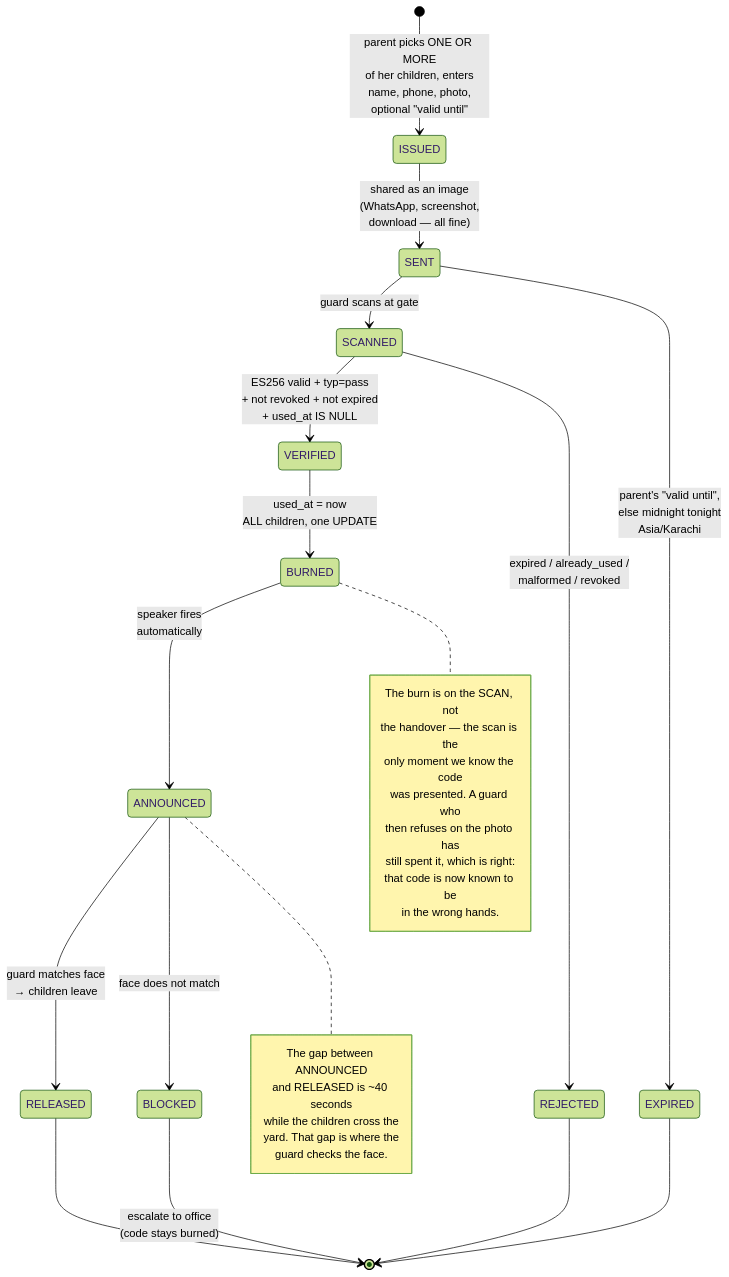
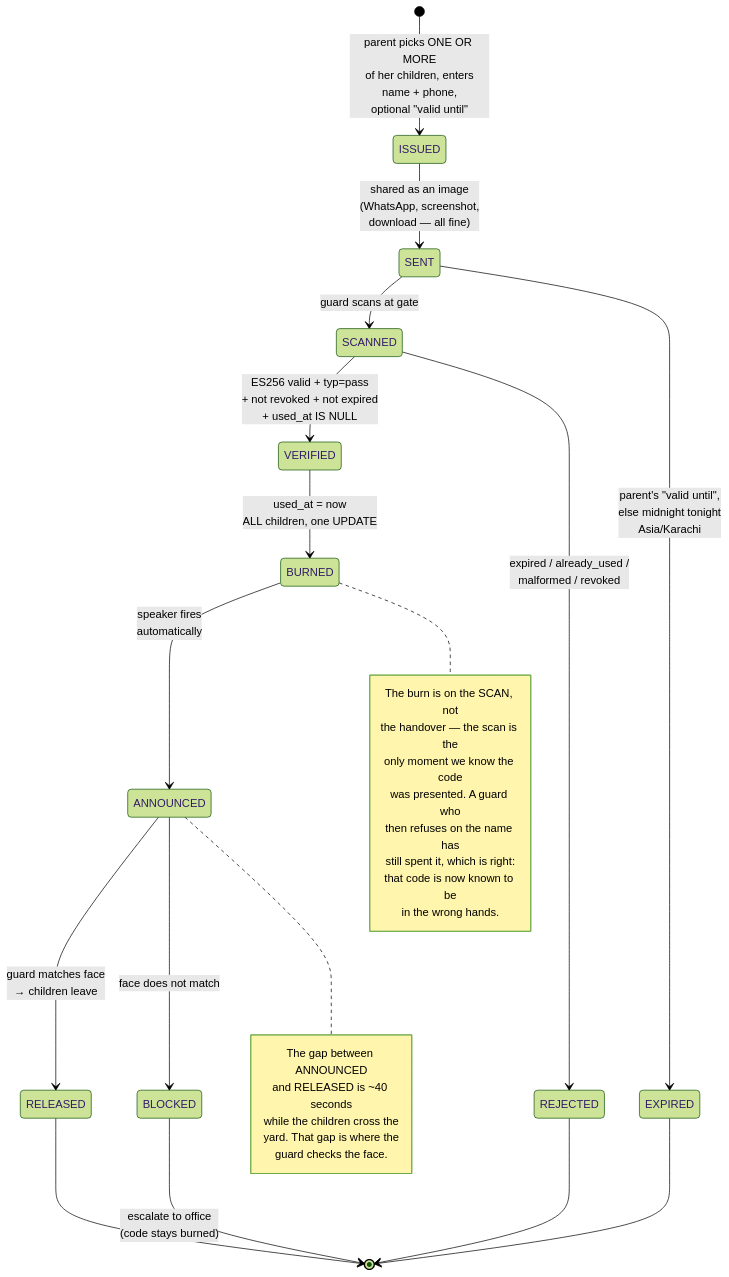
The sixth of 12 diagrams in docs/DIAGRAMS.md (Tehman700/Pasha_ICT_Project), drawn with Mermaid (forest theme) before and after one commit. The commit also changed other lines of this file and 3 other files, not shown here.

````diff
--- a/docs/DIAGRAMS.md
+++ b/docs/DIAGRAMS.md
@@ -372,40 +372,40 @@
 ```mermaid
 stateDiagram-v2
-    [*] --> ISSUED: parent picks ONE OR MORE<br/>of her children, enters<br/>name, phone, photo,<br/>optional "valid until"
+    [*] --> ISSUED: parent picks ONE OR MORE<br/>of her children, enters<br/>name + phone,<br/>optional "valid until"
     ISSUED --> SENT: shared as an image<br/>(WhatsApp, screenshot,<br/>download — all fine)
     SENT --> SCANNED: guard scans at gate
 
     SCANNED --> VERIFIED: ES256 valid + typ=pass<br/>+ not revoked + not expired<br/>+ used_at IS NULL
     SCANNED --> REJECTED: expired / already_used /<br/>malformed / revoked
 
     VERIFIED --> BURNED: used_at = now<br/>ALL children, one UPDATE
     BURNED --> ANNOUNCED: speaker fires<br/>automatically
     ANNOUNCED --> RELEASED: guard matches face<br/>→ children leave
     ANNOUNCED --> BLOCKED: face does not match
 
     RELEASED --> [*]
     REJECTED --> [*]
     BLOCKED --> [*]: escalate to office<br/>(code stays burned)
 
     SENT --> EXPIRED: parent's "valid until",<br/>else midnight tonight<br/>Asia/Karachi
     EXPIRED --> [*]
 
     note right of BURNED
         The burn is on the SCAN, not
         the handover — the scan is the
         only moment we know the code
         was presented. A guard who
-        then refuses on the photo has
+        then refuses on the name has
         still spent it, which is right:
         that code is now known to be
         in the wrong hands.
     end note
 
     note right of ANNOUNCED
         The gap between ANNOUNCED
         and RELEASED is ~40 seconds
         while the children cross the
         yard. That gap is where the
         guard checks the face.
     end note
 ```
````
